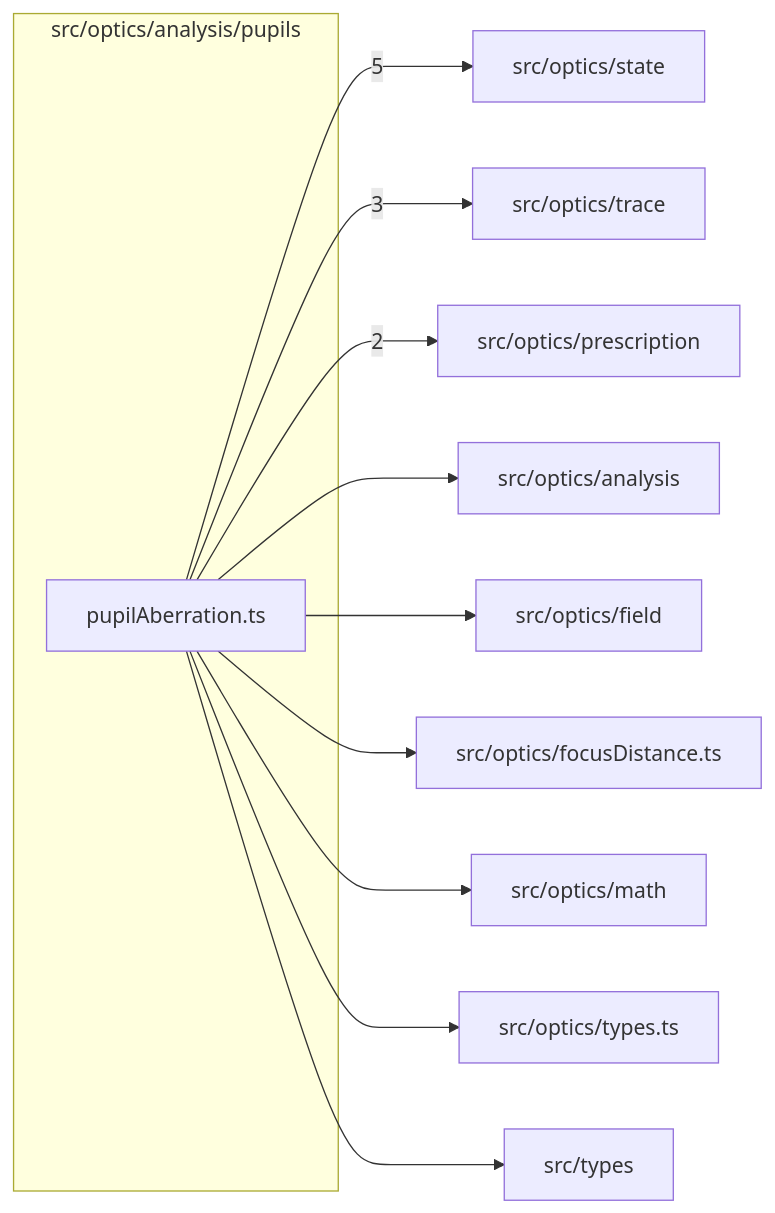
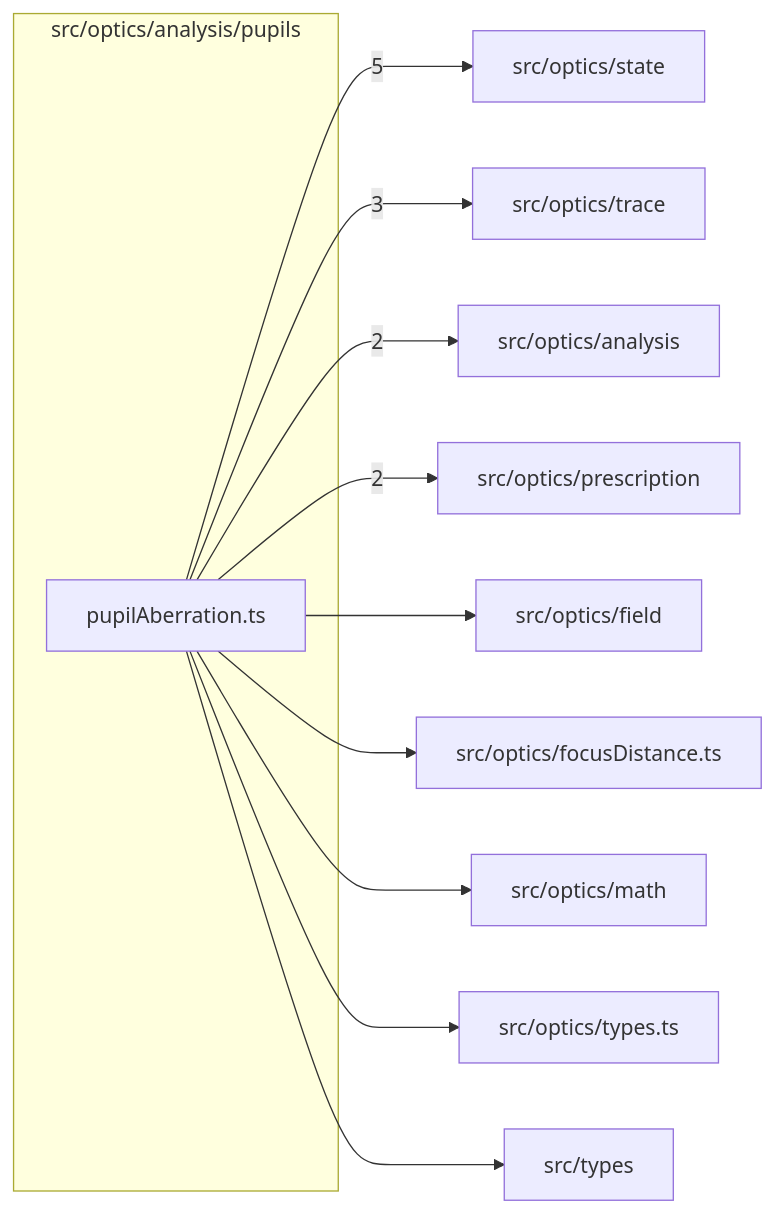
The diagram in src/optics/analysis/pupils/readme.md (ronbuening/LensVisualizer), drawn with Mermaid before and after one commit. The commit also changed other lines of this file and 34 other files, not shown here.

````diff
--- a/src/optics/analysis/pupils/readme.md
+++ b/src/optics/analysis/pupils/readme.md
@@ -9,24 +9,24 @@
 ```mermaid
 flowchart LR
   subgraph n_src_optics_analysis_pupils["src/optics/analysis/pupils"]
     n_src_optics_analysis_pupils_src_optics_analysis_pupils_pupilAberration_ts["pupilAberration.ts"]
   end
   n_external_src_optics_state["src/optics/state"]
   n_external_src_optics_trace["src/optics/trace"]
+  n_external_src_optics_analysis["src/optics/analysis"]
   n_external_src_optics_prescription["src/optics/prescription"]
-  n_external_src_optics_analysis["src/optics/analysis"]
   n_external_src_optics_field["src/optics/field"]
   n_external_src_optics_focusDistance_ts["src/optics/focusDistance.ts"]
   n_external_src_optics_math["src/optics/math"]
   n_external_src_optics_types_ts["src/optics/types.ts"]
   n_external_src_types["src/types"]
   n_src_optics_analysis_pupils_src_optics_analysis_pupils_pupilAberration_ts --> |5| n_external_src_optics_state
   n_src_optics_analysis_pupils_src_optics_analysis_pupils_pupilAberration_ts --> |3| n_external_src_optics_trace
+  n_src_optics_analysis_pupils_src_optics_analysis_pupils_pupilAberration_ts --> |2| n_external_src_optics_analysis
   n_src_optics_analysis_pupils_src_optics_analysis_pupils_pupilAberration_ts --> |2| n_external_src_optics_prescription
-  n_src_optics_analysis_pupils_src_optics_analysis_pupils_pupilAberration_ts --> n_external_src_optics_analysis
   n_src_optics_analysis_pupils_src_optics_analysis_pupils_pupilAberration_ts --> n_external_src_optics_field
   n_src_optics_analysis_pupils_src_optics_analysis_pupils_pupilAberration_ts --> n_external_src_optics_focusDistance_ts
   n_src_optics_analysis_pupils_src_optics_analysis_pupils_pupilAberration_ts --> n_external_src_optics_math
   n_src_optics_analysis_pupils_src_optics_analysis_pupils_pupilAberration_ts --> n_external_src_optics_types_ts
   n_src_optics_analysis_pupils_src_optics_analysis_pupils_pupilAberration_ts --> n_external_src_types
 ```
````
